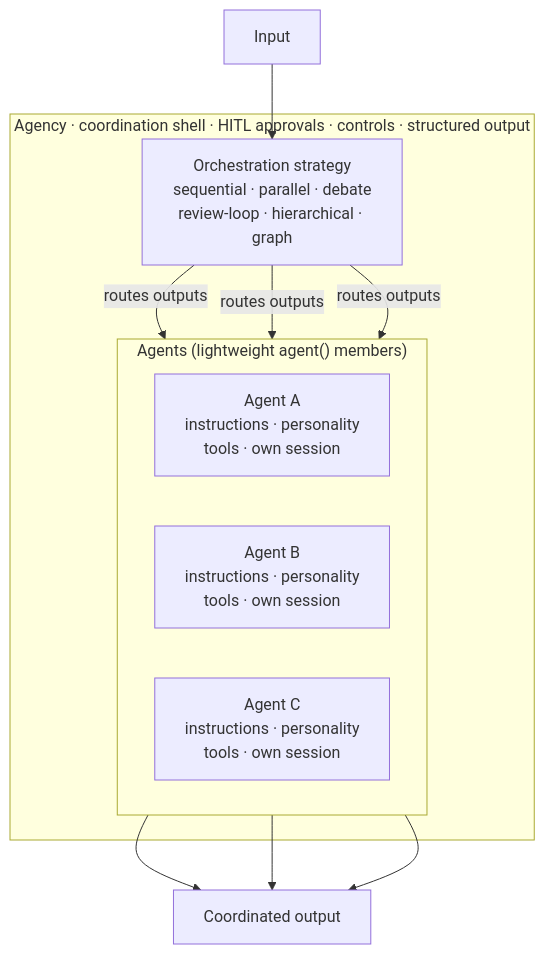
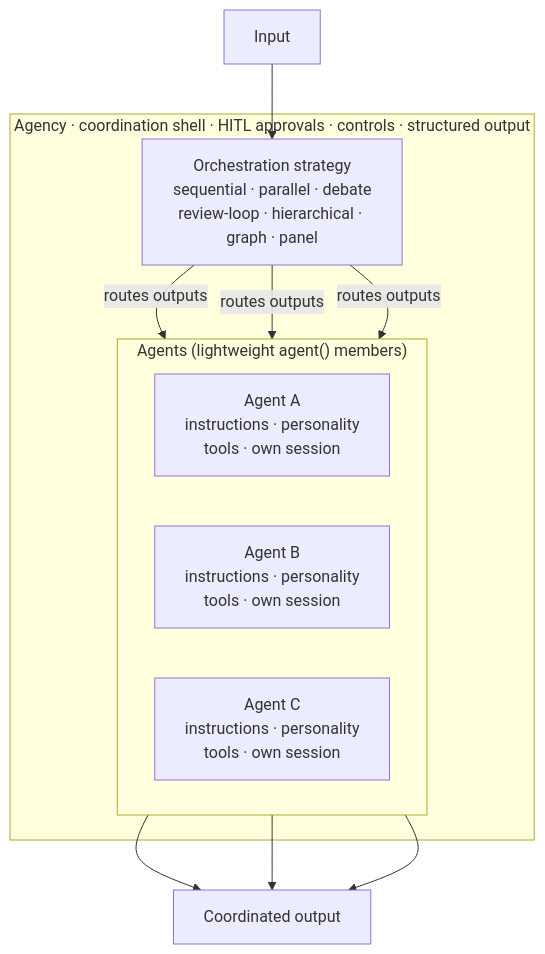
The diagram in docs/orchestration/AGENCY_API.md (framerslab/agentos), drawn with Mermaid before and after one commit. The commit also changed other lines of this file and 9 other files, not shown here.

````diff
--- a/docs/orchestration/AGENCY_API.md
+++ b/docs/orchestration/AGENCY_API.md
@@ -81,20 +84,20 @@
 ```mermaid
 graph TB
     Input["Input"]
     subgraph Agency["Agency · coordination shell · HITL approvals · controls · structured output"]
-        Strategy["Orchestration strategy<br/>sequential · parallel · debate<br/>review-loop · hierarchical · graph"]
+        Strategy["Orchestration strategy<br/>sequential · parallel · debate<br/>review-loop · hierarchical · graph · panel"]
         subgraph Members["Agents (lightweight agent() members)"]
             direction LR
             A["Agent A<br/>instructions · personality<br/>tools · own session"]
             B["Agent B<br/>instructions · personality<br/>tools · own session"]
             C["Agent C<br/>instructions · personality<br/>tools · own session"]
         end
         Strategy -->|routes outputs| A
         Strategy -->|routes outputs| B
         Strategy -->|routes outputs| C
     end
     Input --> Strategy
     A --> Output["Coordinated output"]
     B --> Output
     C --> Output
 ```
````
